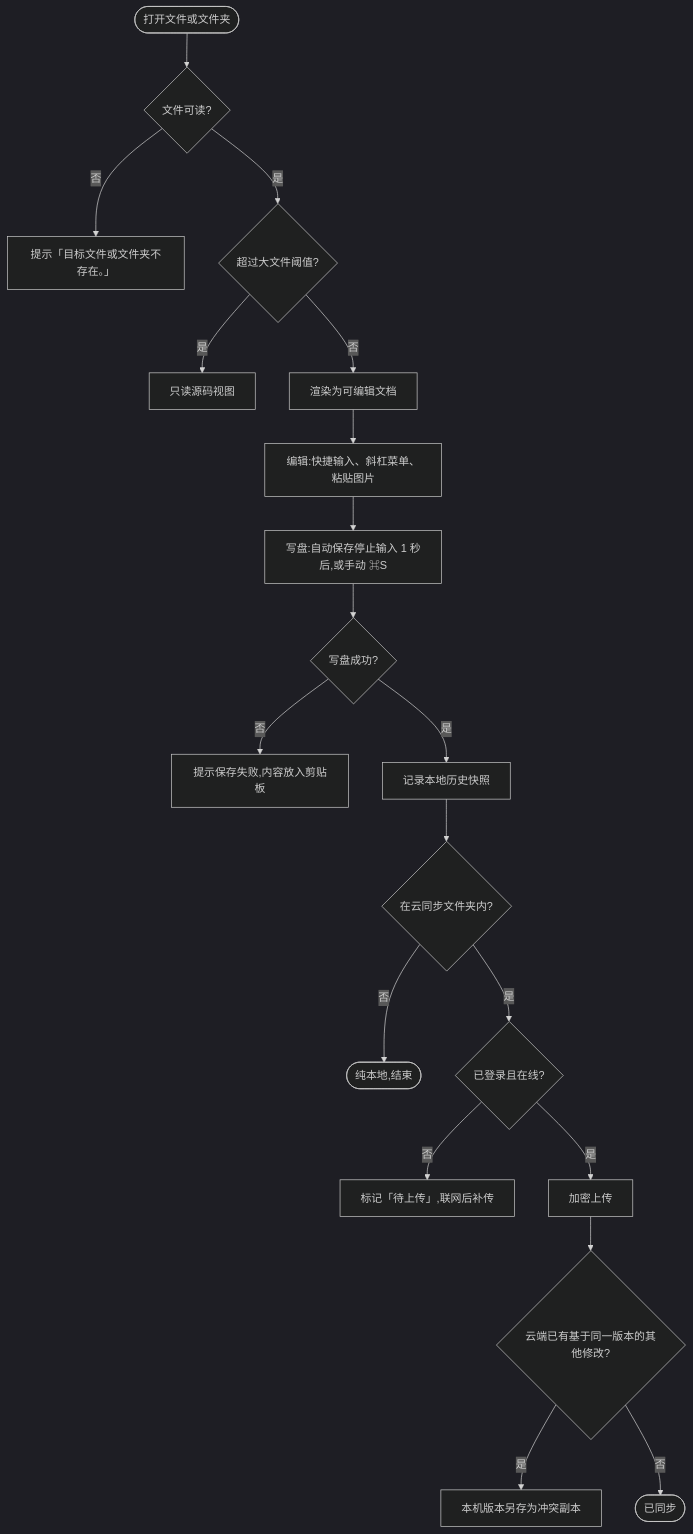
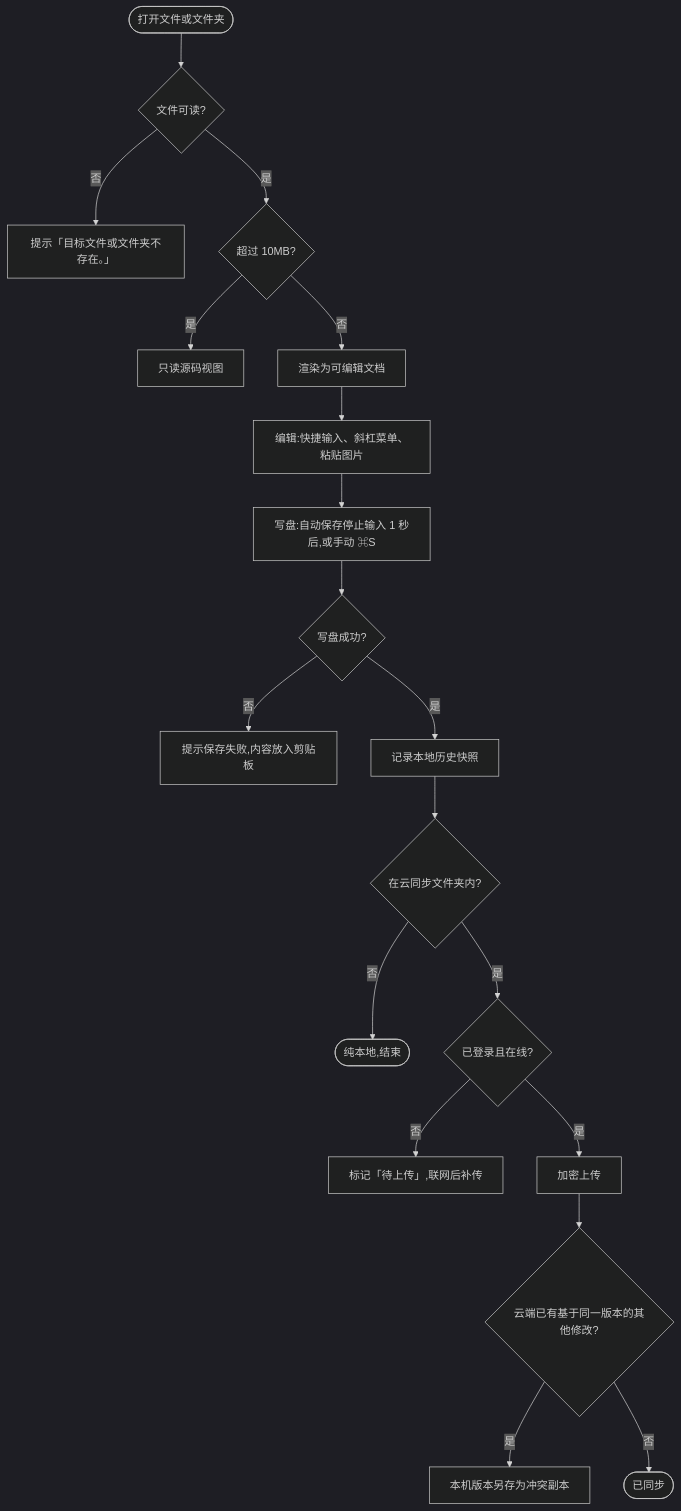
The second of 2 diagrams in docs/prd/typoza-prd.md (ComeHereToSee/typoza-client), drawn with Mermaid (dark theme) before and after one commit. The commit also changed other lines of this file and 2 other files, not shown here.

````diff
--- a/docs/prd/typoza-prd.md
+++ b/docs/prd/typoza-prd.md
@@ -55,21 +55,21 @@
 ```mermaid
 flowchart TD
   A(["打开文件或文件夹"]) --> B{"文件可读?"}
   B -- 否 --> B1["提示「目标文件或文件夹不存在。」"]
-  B -- 是 --> C{"超过大文件阈值?"}
+  B -- 是 --> C{"超过 10MB?"}
   C -- 是 --> C1["只读源码视图"]
   C -- 否 --> D["渲染为可编辑文档"]
   D --> E["编辑:快捷输入、斜杠菜单、粘贴图片"]
   E --> G["写盘:自动保存停止输入 1 秒后,或手动 ⌘S"]
   G --> H{"写盘成功?"}
   H -- 否 --> H1["提示保存失败,内容放入剪贴板"]
   H -- 是 --> I["记录本地历史快照"]
   I --> J{"在云同步文件夹内?"}
   J -- 否 --> J1(["纯本地,结束"])
   J -- 是 --> K{"已登录且在线?"}
   K -- 否 --> K1["标记「待上传」,联网后补传"]
   K -- 是 --> L["加密上传"]
   L --> M{"云端已有基于同一版本的其他修改?"}
   M -- 是 --> M1["本机版本另存为冲突副本"]
   M -- 否 --> N(["已同步"])
 ```
````
